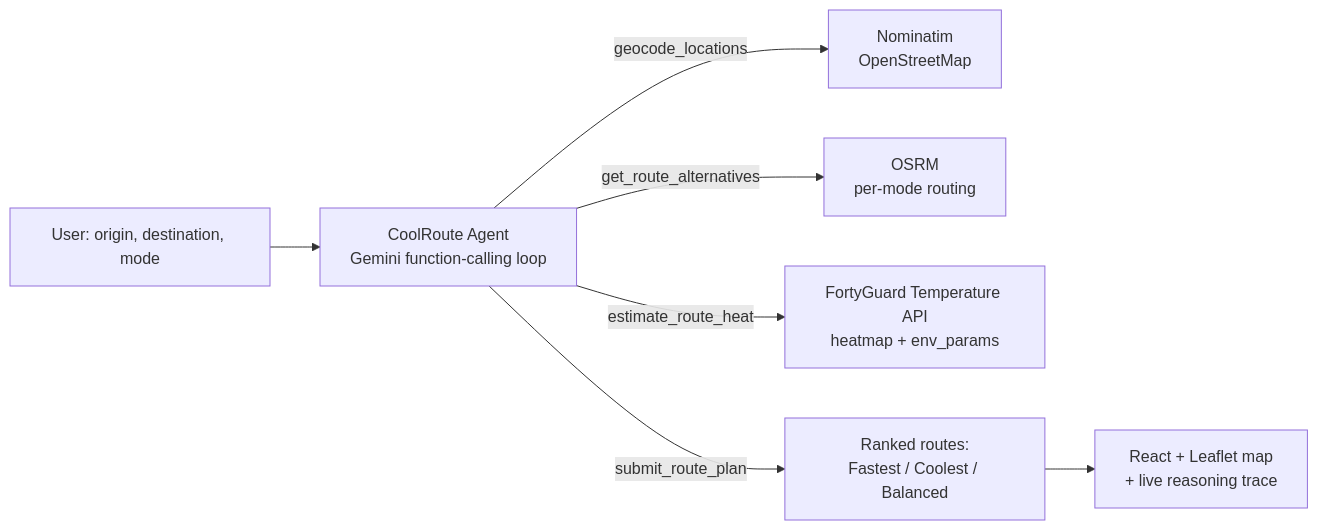
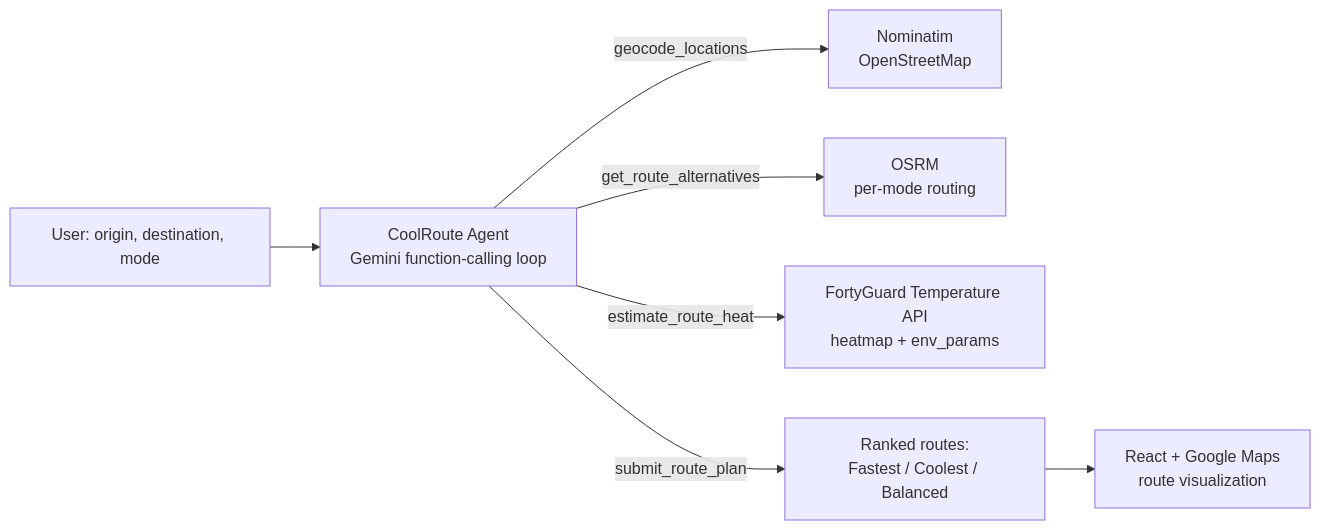
The diagram in README.md (Mohan0112/Cool_Route_Agent), drawn with Mermaid before and after one commit. The commit also changed other lines of this file and 10 other files, not shown here.

Commit message:
Switch to Google Maps, remove audit trace and demo mode

````diff
--- a/README.md
+++ b/README.md
@@ -27,9 +27,9 @@
 ```mermaid
 flowchart LR
     U[User: origin, destination, mode] --> A[CoolRoute Agent<br/>Gemini function-calling loop]
     A -->|geocode_locations| N[Nominatim<br/>OpenStreetMap]
     A -->|get_route_alternatives| O[OSRM<br/>per-mode routing]
     A -->|estimate_route_heat| F[FortyGuard Temperature API<br/>heatmap + env_params]
     A -->|submit_route_plan| R[Ranked routes:<br/>Fastest / Coolest / Balanced]
-    R --> M[React + Leaflet map<br/>+ live reasoning trace]
+    R --> M[React + Google Maps<br/>route visualization]
 ```
````
